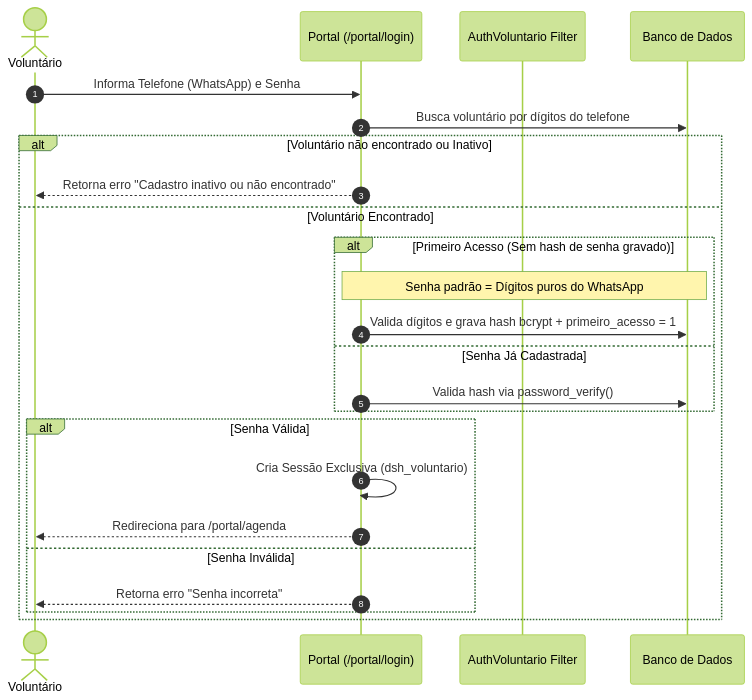
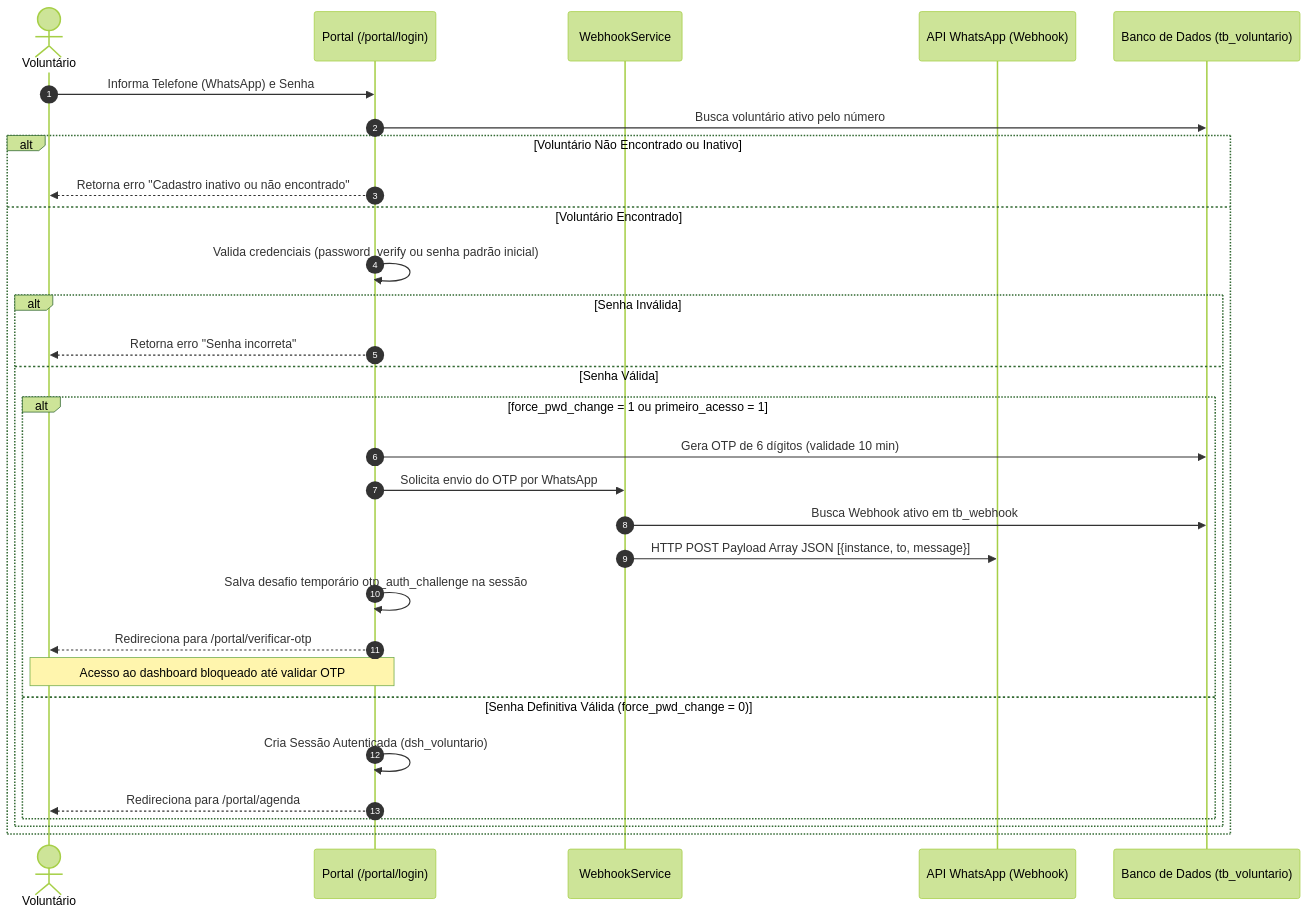
Before and after one commit to canalsantoandre/ci-advec: the second of 4 diagrams in _docs/readme.md, drawn with Mermaid (forest theme). The commit also changed other lines of this file and 15 other files, not shown here.

````diff
--- a/_docs/readme.md
+++ b/_docs/readme.md
@@ -45,28 +63,33 @@
 ```mermaid
 sequenceDiagram
     autonumber
     actor Vol as Voluntário
     participant App as Portal (/portal/login)
-    participant Auth as AuthVoluntario Filter
-    participant DB as Banco de Dados
+    participant Svc as WebhookService
+    participant Zap as API WhatsApp (Webhook)
+    participant DB as Banco de Dados (tb_voluntario)
 
     Vol->>App: Informa Telefone (WhatsApp) e Senha
-    App->>DB: Busca voluntário por dígitos do telefone
-    alt Voluntário não encontrado ou Inativo
+    App->>DB: Busca voluntário ativo pelo número
+    alt Voluntário Não Encontrado ou Inativo
         App-->>Vol: Retorna erro "Cadastro inativo ou não encontrado"
     else Voluntário Encontrado
-        alt Primeiro Acesso (Sem hash de senha gravado)
-            Note over App,DB: Senha padrão = Dígitos puros do WhatsApp
-            App->>DB: Valida dígitos e grava hash bcrypt + primeiro_acesso = 1
-        else Senha Já Cadastrada
-            App->>DB: Valida hash via password_verify()
-        end
-        
-        alt Senha Válida
-            App->>App: Cria Sessão Exclusiva (dsh_voluntario)
-            App-->>Vol: Redireciona para /portal/agenda
-        else Senha Inválida
+        App->>App: Valida credenciais (password_verify ou senha padrão inicial)
+        alt Senha Inválida
             App-->>Vol: Retorna erro "Senha incorreta"
+        else Senha Válida
+            alt force_pwd_change = 1 ou primeiro_acesso = 1
+                App->>DB: Gera OTP de 6 dígitos (validade 10 min)
+                App->>Svc: Solicita envio do OTP por WhatsApp
+                Svc->>DB: Busca Webhook ativo em tb_webhook
+                Svc->>Zap: HTTP POST Payload Array JSON [{instance, to, message}]
+                App->>App: Salva desafio temporário otp_auth_challenge na sessão
+                App-->>Vol: Redireciona para /portal/verificar-otp
+                Note over Vol,App: Acesso ao dashboard bloqueado até validar OTP
+            else Senha Definitiva Válida (force_pwd_change = 0)
+                App->>App: Cria Sessão Autenticada (dsh_voluntario)
+                App-->>Vol: Redireciona para /portal/agenda
+            end
         end
     end
 ```
````
